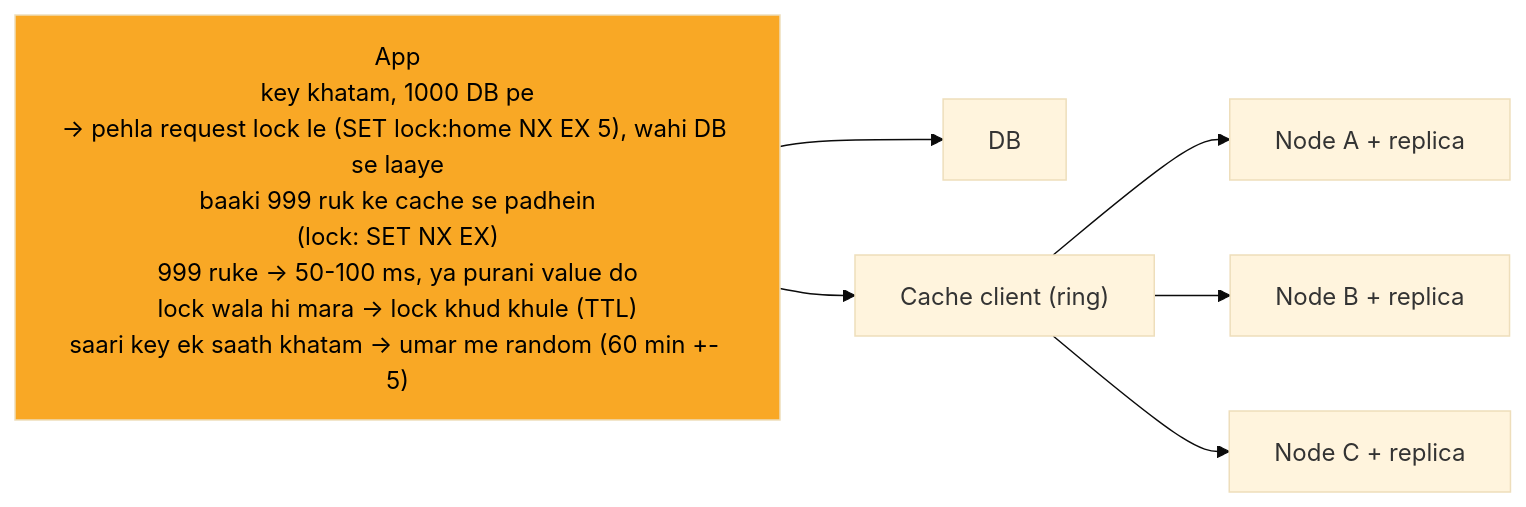
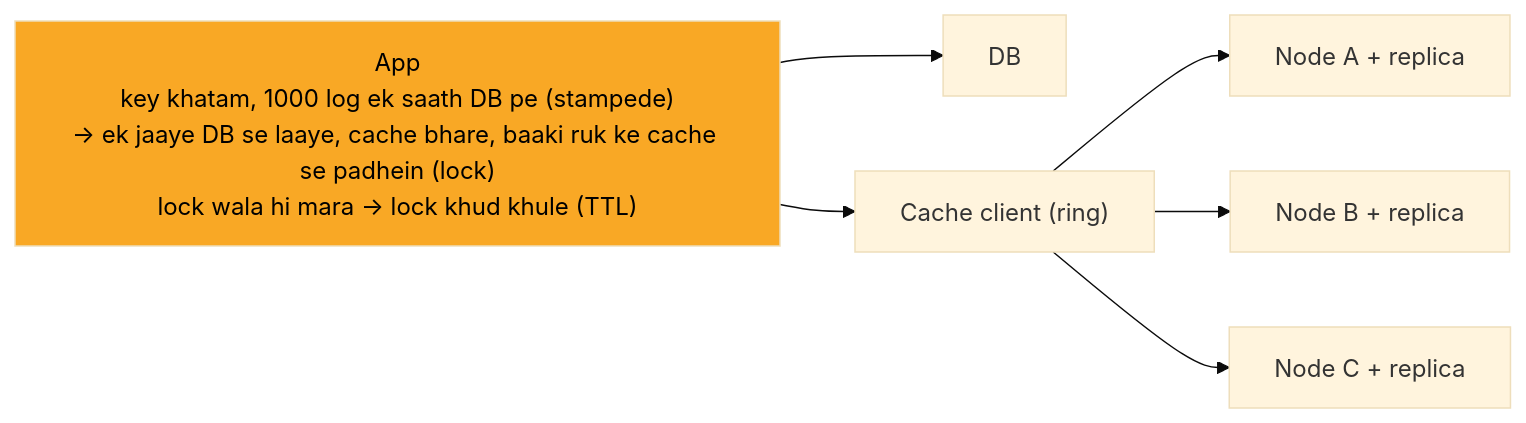
The diagram in 04_HLD/SYSTEM_DESIGNS/10_distributed_cache/img/c5.mmd (ArpanMaheshwari144/Prep), drawn with Mermaid (base theme) before and after one commit. The commit also changed 17 other files, not shown here.

```diff
--- a/04_HLD/SYSTEM_DESIGNS/10_distributed_cache/img/c5.mmd
+++ b/04_HLD/SYSTEM_DESIGNS/10_distributed_cache/img/c5.mmd
@@ -1,14 +1,14 @@
 %%{init: {"flowchart": {"wrappingWidth": 450}}}%%
 flowchart LR
-    n_App["App<br/>key khatam, 1000 DB pe<br/>-> pehla request lock le (SET lock:home NX EX 5), wahi DB se laaye<br/>baaki 999 ruk ke cache se padhein<br/>(lock: SET NX EX)<br/>999 ruke -> 50-100 ms, ya purani value do<br/>lock wala hi mara -> lock khud khule (TTL)<br/>saari key ek saath khatam -> umar me random (60 min +- 5)"]
+    n_App["App<br/>key khatam, 1000 log ek saath DB pe (stampede)<br/>-> ek jaaye DB se laaye, cache bhare, baaki ruk ke cache se padhein (lock)<br/>lock wala hi mara -> lock khud khule (TTL)"]
     n_DB["DB"]
     n_Cache_client["Cache client (ring)"]
     n_Node_A_replica["Node A + replica"]
     n_Node_B_replica["Node B + replica"]
     n_Node_C_replica["Node C + replica"]
     n_App --> n_DB
     n_App --> n_Cache_client
     n_Cache_client --> n_Node_A_replica
     n_Cache_client --> n_Node_B_replica
     n_Cache_client --> n_Node_C_replica
     style n_App fill:#f9a825,color:#000
```
